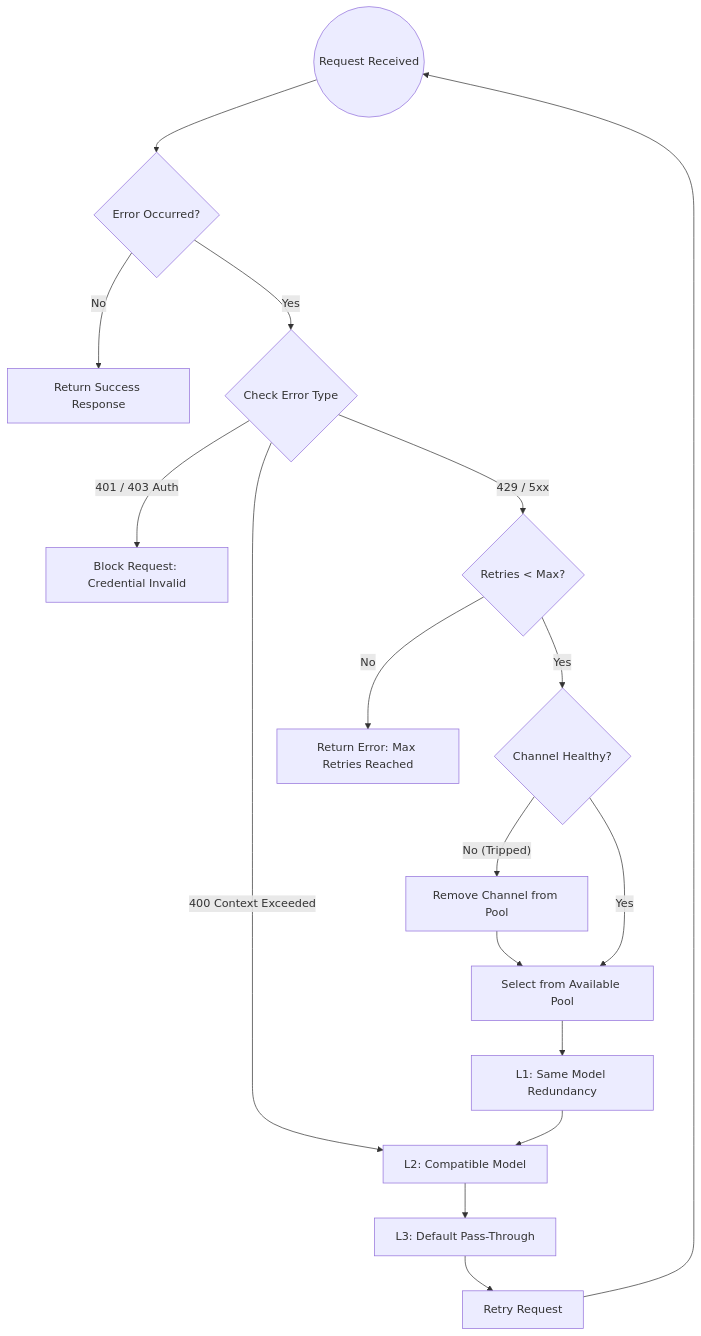
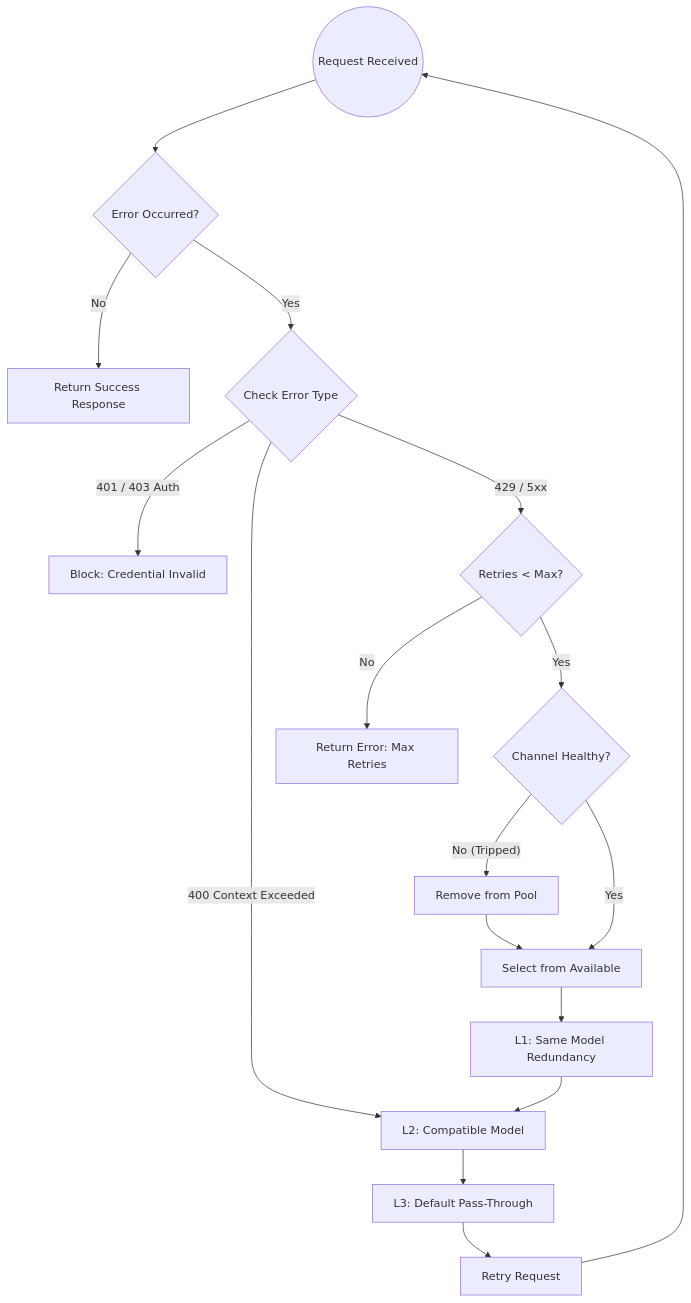
One commit to rickytan/SmartLLMRouter changed the eighth of 8 diagrams in README.md. Above: the diagram before and after it, drawn with Mermaid. The commit also changed other lines of this file and 1 other file, not shown here.

Commit message:
docs: add 6 use case scenarios with Mermaid flowcharts to READMEs

````diff
--- a/README.md
+++ b/README.md
@@ -78,27 +288,27 @@
 ```mermaid
 flowchart TD
     Start((Request Received)) --> Error{Error Occurred?}
     
     Error -- No --> Success[Return Success Response]
     Error -- Yes --> TypeCheck{Check Error Type}
     
-    TypeCheck -- "401 / 403 Auth" --> Block[Block Request: Credential Invalid]
+    TypeCheck -- "401 / 403 Auth" --> Block[Block: Credential Invalid]
     TypeCheck -- "400 Context Exceeded" --> L2[L2: Compatible Model]
     TypeCheck -- "429 / 5xx" --> RetryCheck{Retries < Max?}
     
-    RetryCheck -- No --> MaxRetries[Return Error: Max Retries Reached]
+    RetryCheck -- No --> MaxRetries[Return Error: Max Retries]
     
     RetryCheck -- Yes --> CircuitBreaker{Channel Healthy?}
     
-    CircuitBreaker -- "No (Tripped)" --> Remove[Remove Channel from Pool]
-    CircuitBreaker -- "Yes" --> Pool[Select from Available Pool]
+    CircuitBreaker -- "No (Tripped)" --> Remove[Remove from Pool]
+    CircuitBreaker -- "Yes" --> Pool[Select from Available]
     
     Remove --> Pool
     
     Pool --> L1[L1: Same Model Redundancy]
     L1 --> L2
     L2 --> L3[L3: Default Pass-Through]
     L3 --> Retry[Retry Request]
     
     Retry --> Start
 ```
````
